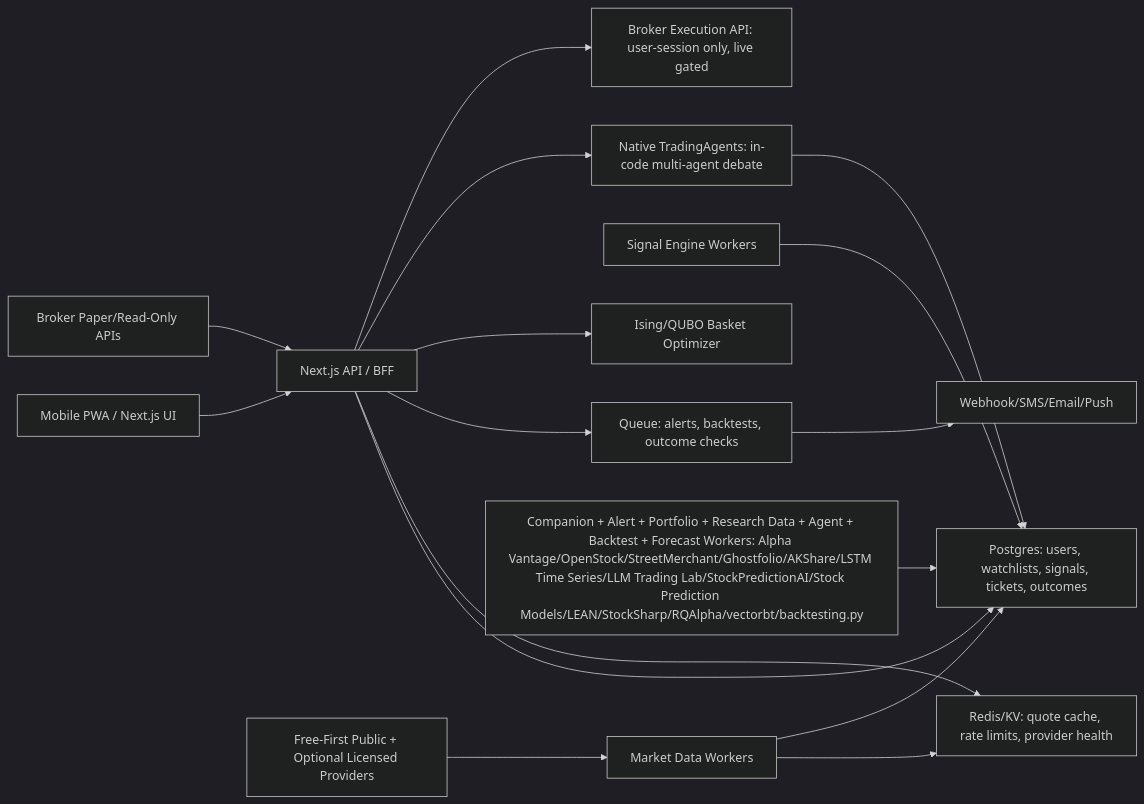
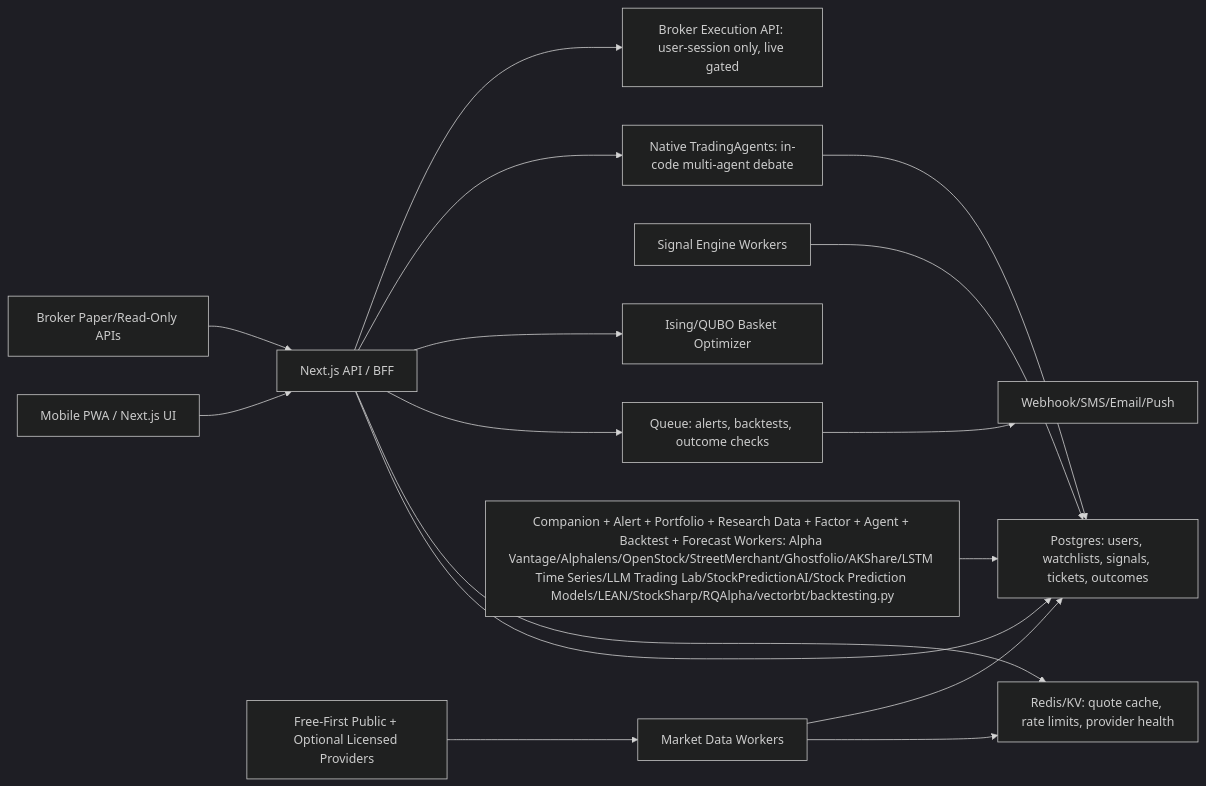
One commit to pinohu/trading-intel changed the diagram in docs/ARCHITECTURE.md. Above: the diagram before and after it, drawn with Mermaid (dark theme). The commit also changed other lines of this file and 14 other files, not shown here.

Commit message:
Add Alphalens factor analysis worker lane

````diff
--- a/docs/ARCHITECTURE.md
+++ b/docs/ARCHITECTURE.md
@@ -35,18 +35,18 @@
 ```mermaid
 flowchart LR
   UI["Mobile PWA / Next.js UI"] --> BFF["Next.js API / BFF"]
   BFF --> DB["Postgres: users, watchlists, signals, tickets, outcomes"]
   BFF --> Cache["Redis/KV: quote cache, rate limits, provider health"]
   BFF --> Queue["Queue: alerts, backtests, outcome checks"]
   DataWorker["Market Data Workers"] --> Cache
   DataWorker --> DB
   Providers["Free-First Public + Optional Licensed Providers"] --> DataWorker
   SignalWorker["Signal Engine Workers"] --> DB
   BFF --> Ising["Ising/QUBO Basket Optimizer"]
   BFF --> TradingAgents["Native TradingAgents: in-code multi-agent debate"]
   TradingAgents --> DB
-  BacktestWorker["Companion + Alert + Portfolio + Research Data + Agent + Backtest + Forecast Workers: Alpha Vantage/OpenStock/StreetMerchant/Ghostfolio/AKShare/LSTM Time Series/LLM Trading Lab/StockPredictionAI/Stock Prediction Models/LEAN/StockSharp/RQAlpha/vectorbt/backtesting.py"] --> DB
+  BacktestWorker["Companion + Alert + Portfolio + Research Data + Factor + Agent + Backtest + Forecast Workers: Alpha Vantage/Alphalens/OpenStock/StreetMerchant/Ghostfolio/AKShare/LSTM Time Series/LLM Trading Lab/StockPredictionAI/Stock Prediction Models/LEAN/StockSharp/RQAlpha/vectorbt/backtesting.py"] --> DB
   Broker["Broker Paper/Read-Only APIs"] --> BFF
   BFF --> BrokerExec["Broker Execution API: user-session only, live gated"]
   Queue --> Alerts["Webhook/SMS/Email/Push"]
 ```
````
